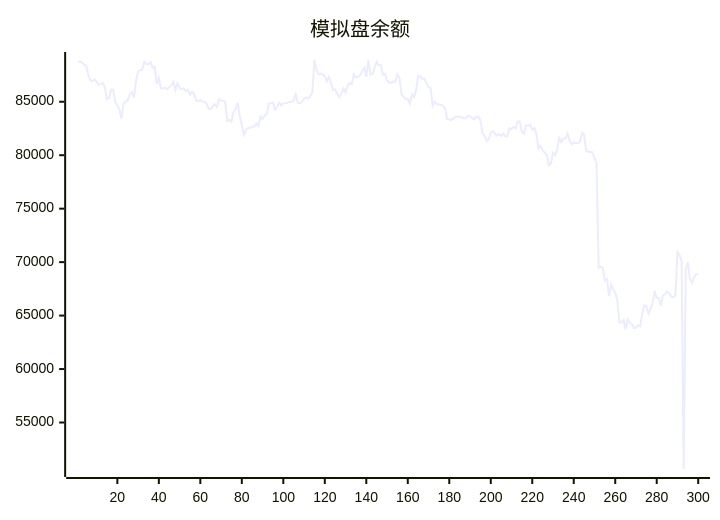
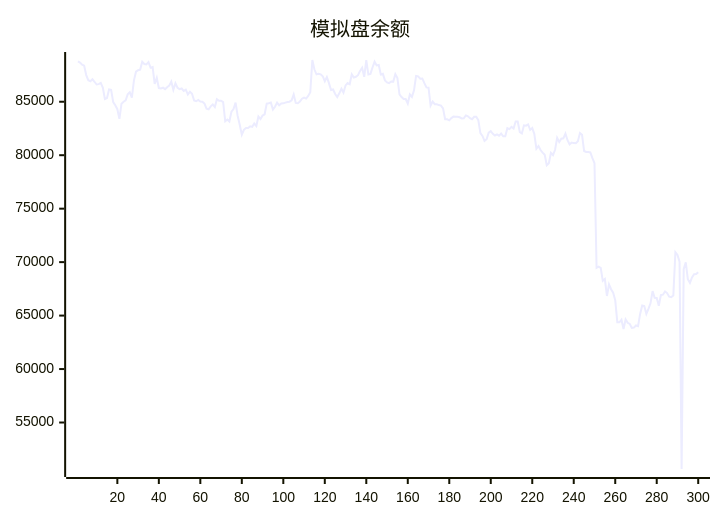
The diagram in README.md (aahl/ai-trading), drawn with Mermaid before and after one commit. The commit also changed other lines of this file and 1 other file, not shown here.

````diff
--- a/README.md
+++ b/README.md
@@ -5,5 +5,5 @@
 ```mermaid
 xychart
     title "模拟盘余额"
-    line [88720,88781,88668,88467,88372,87493,87018,86917,87102,86870,86613,86644,86758,86317,85242,85334,86149,86106,84968,84671,84302,83410,84816,85001,85127,85693,85891,85384,87001,87811,87945,88007,88734,88528,88495,88705,88189,88248,86662,87234,86279,86251,86314,86177,86364,86503,86886,86114,86731,86310,86176,86240,86017,86136,85685,85938,85749,85111,85044,85164,85016,85008,84824,84354,84287,84572,84745,84500,85234,85096,85095,84970,83180,83338,83157,84070,84309,84922,83667,82850,81924,82369,82552,82539,82695,82648,82962,82728,83619,83378,83710,83825,84819,84854,84917,84265,84527,84919,84668,84834,84850,84916,84981,85004,85131,85674,84891,84864,85019,85284,85393,85294,85538,85894,88904,88012,87567,87625,87568,87386,86920,87313,86737,86094,86143,85725,85437,85787,86219,85859,86526,86740,86630,87563,87264,87335,87483,87886,88180,87335,88894,87544,87608,88207,88755,88401,88444,87543,87608,87000,86810,86740,86894,86884,87576,87209,85686,85435,85251,85255,84820,85689,85453,86066,87420,87373,87161,87178,86740,86341,86315,84643,85012,84772,84768,84690,84635,84376,83360,83357,83259,83474,83608,83606,83602,83548,83440,83454,83724,83644,83464,83365,83590,83592,83275,82072,81806,81344,81492,82109,82254,82006,81848,81955,81829,82022,81769,81776,82522,82441,82656,82498,83144,83144,82150,82038,82797,82763,82872,82367,82536,81981,80612,80862,80484,80242,80034,79063,79245,80226,80016,80507,81625,81233,81544,81578,82016,81401,81019,81186,81130,81118,81306,82066,81909,80392,80304,80291,80258,79729,79261,69466,69579,69456,68251,68415,66832,67911,67462,67144,66432,64380,64375,64606,63740,64647,64324,64216,63842,63877,64078,64008,65156,65945,65888,65157,65625,66144,67284,66653,66639,65924,66925,66956,67263,67108,66766,66729,66886,70927,70673,70049,50652,69334,69973,68400,68061,68578,68876,68879]
+    line [88781,88668,88467,88372,87493,87018,86917,87102,86870,86613,86644,86758,86317,85242,85334,86149,86106,84968,84671,84302,83410,84816,85001,85127,85693,85891,85384,87001,87811,87945,88007,88734,88528,88495,88705,88189,88248,86662,87234,86279,86251,86314,86177,86364,86503,86886,86114,86731,86310,86176,86240,86017,86136,85685,85938,85749,85111,85044,85164,85016,85008,84824,84354,84287,84572,84745,84500,85234,85096,85095,84970,83180,83338,83157,84070,84309,84922,83667,82850,81924,82369,82552,82539,82695,82648,82962,82728,83619,83378,83710,83825,84819,84854,84917,84265,84527,84919,84668,84834,84850,84916,84981,85004,85131,85674,84891,84864,85019,85284,85393,85294,85538,85894,88904,88012,87567,87625,87568,87386,86920,87313,86737,86094,86143,85725,85437,85787,86219,85859,86526,86740,86630,87563,87264,87335,87483,87886,88180,87335,88894,87544,87608,88207,88755,88401,88444,87543,87608,87000,86810,86740,86894,86884,87576,87209,85686,85435,85251,85255,84820,85689,85453,86066,87420,87373,87161,87178,86740,86341,86315,84643,85012,84772,84768,84690,84635,84376,83360,83357,83259,83474,83608,83606,83602,83548,83440,83454,83724,83644,83464,83365,83590,83592,83275,82072,81806,81344,81492,82109,82254,82006,81848,81955,81829,82022,81769,81776,82522,82441,82656,82498,83144,83144,82150,82038,82797,82763,82872,82367,82536,81981,80612,80862,80484,80242,80034,79063,79245,80226,80016,80507,81625,81233,81544,81578,82016,81401,81019,81186,81130,81118,81306,82066,81909,80392,80304,80291,80258,79729,79261,69466,69579,69456,68251,68415,66832,67911,67462,67144,66432,64380,64375,64606,63740,64647,64324,64216,63842,63877,64078,64008,65156,65945,65888,65157,65625,66144,67284,66653,66639,65924,66925,66956,67263,67108,66766,66729,66886,70927,70673,70049,50652,69334,69973,68400,68061,68578,68876,68879,69055]
 ```
````
